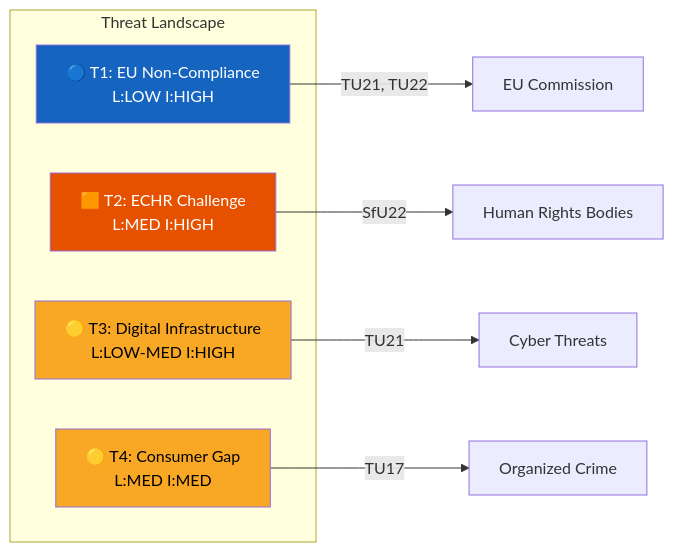
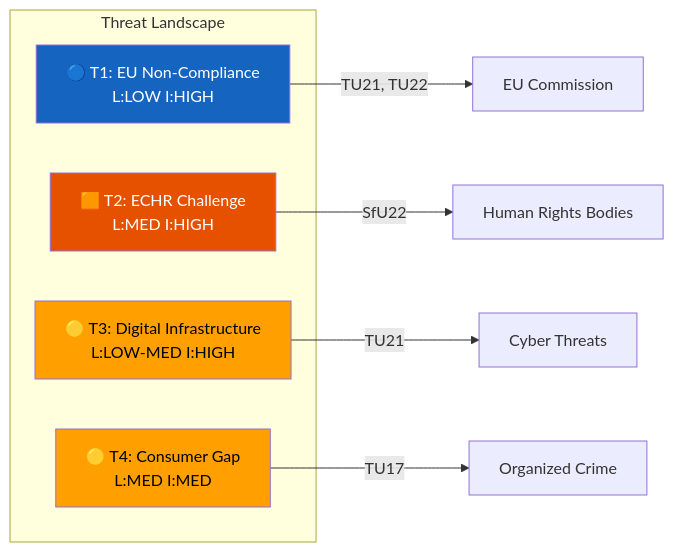
The diagram in analysis/daily/2026-04-15/committeeReports/threat-analysis.md (Hack23/riksdagsmonitor), drawn with Mermaid before and after one commit. The commit also changed 121 other files, not shown here.

````diff
--- a/analysis/daily/2026-04-15/committeeReports/threat-analysis.md
+++ b/analysis/daily/2026-04-15/committeeReports/threat-analysis.md
@@ -37,17 +37,17 @@
 ```mermaid
 graph LR
     subgraph Threats["Threat Landscape"]
         T1["🔵 T1: EU Non-Compliance<br/>L:LOW I:HIGH"]
         T2["🟧 T2: ECHR Challenge<br/>L:MED I:HIGH"]
         T3["🟡 T3: Digital Infrastructure<br/>L:LOW-MED I:HIGH"]
         T4["🟡 T4: Consumer Gap<br/>L:MED I:MED"]
     end
     T1 -->|"TU21, TU22"| EU["EU Commission"]
     T2 -->|"SfU22"| HR["Human Rights Bodies"]
     T3 -->|"TU21"| CYBER["Cyber Threats"]
     T4 -->|"TU17"| CRIME["Organized Crime"]
-    style T1 fill:#1565c0,color:#FFFFFF
-    style T2 fill:#e65100,color:#FFFFFF
-    style T3 fill:#f9a825,color:#000000
-    style T4 fill:#f9a825,color:#000000
+    style T1 fill:#1565C0,color:#FFFFFF
+    style T2 fill:#E65100,color:#FFFFFF
+    style T3 fill:#FFA000,color:#000000
+    style T4 fill:#FFA000,color:#000000
 ```
````
